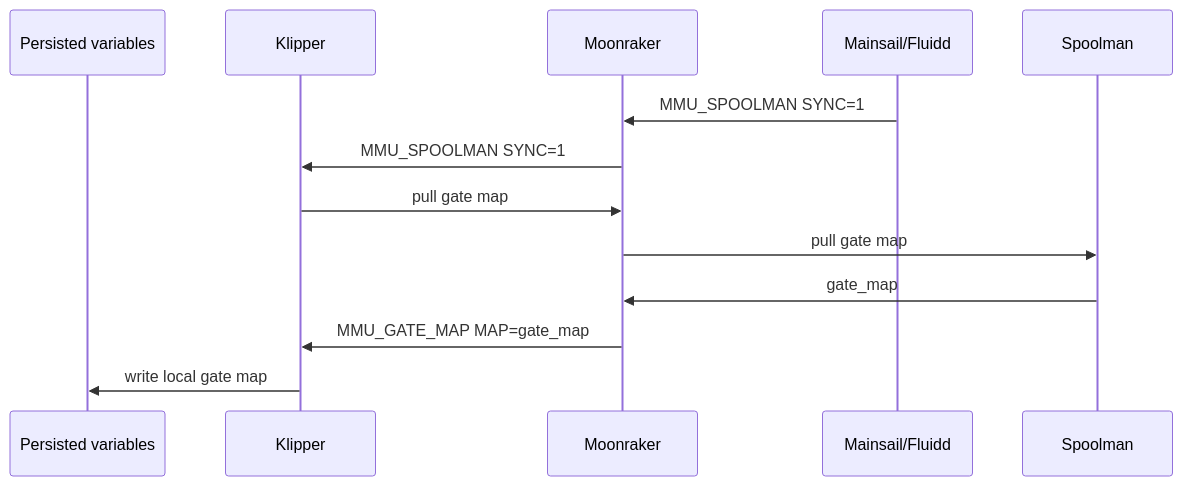
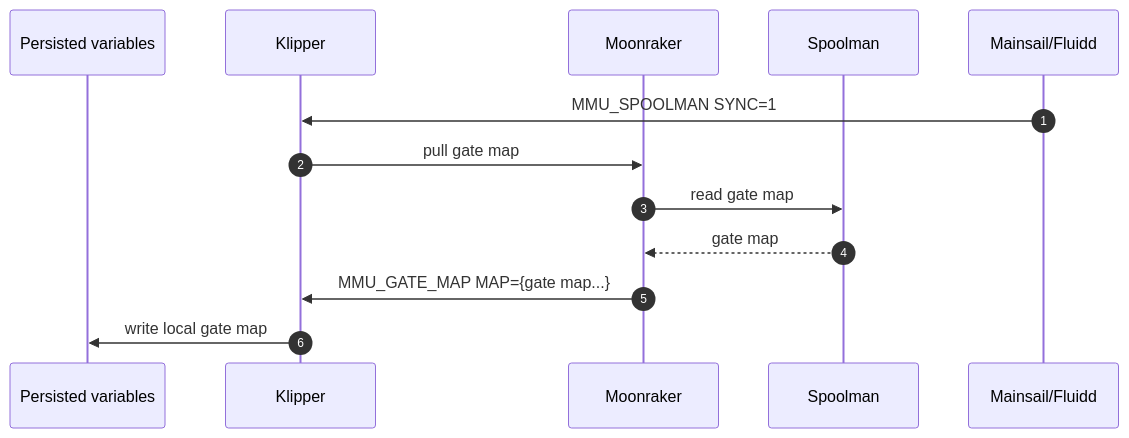
One commit to 3DCoded/Happy-Hare changed the sixth of 6 diagrams in Spoolman-Support.md. Above: the diagram before and after it, drawn with Mermaid. The commit also changed other lines of this file, not shown here.

Commit message:
updated sequence diagrams

````diff
--- a/Spoolman-Support.md
+++ b/Spoolman-Support.md
@@ -128,16 +171,16 @@
 ```mermaid
 sequenceDiagram
+    autonumber
     participant L as Persisted variables
     participant K as Klipper
     participant M as Moonraker
+    participant S as Spoolman
     participant MF as Mainsail/Fluidd
-    participant S as Spoolman
 
-    MF->>M: MMU_SPOOLMAN SYNC=1
-    M->>K: MMU_SPOOLMAN SYNC=1
+    MF->>K: MMU_SPOOLMAN SYNC=1
     K->>M: pull gate map
-    M->>S: pull gate map
-    S->>M: gate_map
-    M->>K: MMU_GATE_MAP MAP=gate_map
+    M->>S: read gate map
+    S-->>M: gate map
+    M->>K: MMU_GATE_MAP MAP={gate map...}
     K->>L: write local gate map
 ```
````
